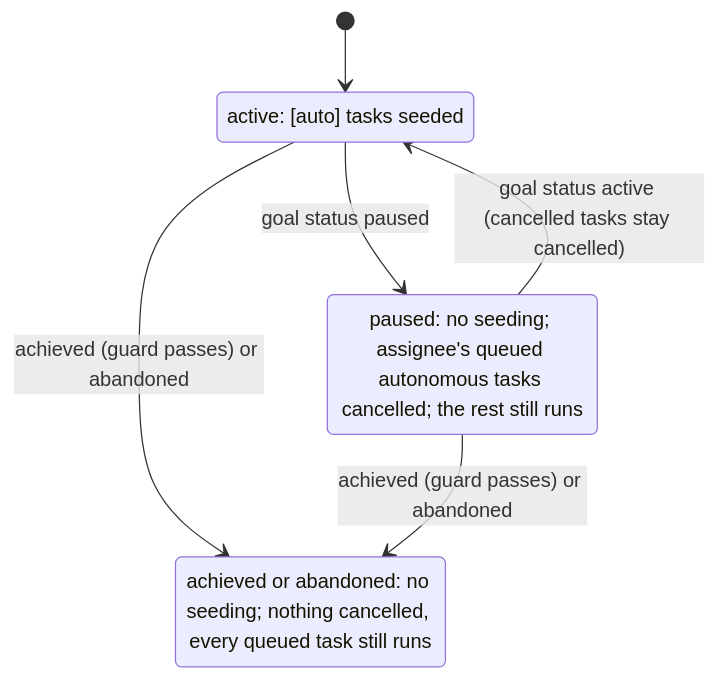
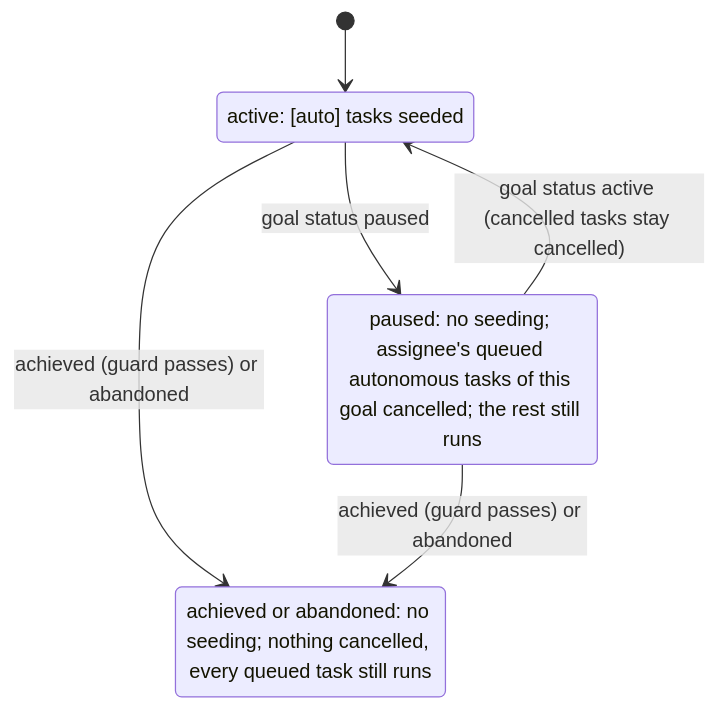
Diagram 11 of 11 in docs/internal/orchestration.md (yuxhuang/r-orch), drawn with Mermaid before and after one commit. The commit also changed other lines of this file and 9 other files, not shown here.

````diff
--- a/docs/internal/orchestration.md
+++ b/docs/internal/orchestration.md
@@ -936,11 +946,11 @@
 ```mermaid
 stateDiagram-v2
     state "active: [auto] tasks seeded" as active
-    state "paused: no seeding; assignee's queued autonomous tasks cancelled; the rest still runs" as paused
+    state "paused: no seeding; assignee's queued autonomous tasks of this goal cancelled; the rest still runs" as paused
     state "achieved or abandoned: no seeding; nothing cancelled, every queued task still runs" as closed
     [*] --> active
     active --> paused : goal status paused
     paused --> active : goal status active (cancelled tasks stay cancelled)
     active --> closed : achieved (guard passes) or abandoned
     paused --> closed : achieved (guard passes) or abandoned
 ```
````
